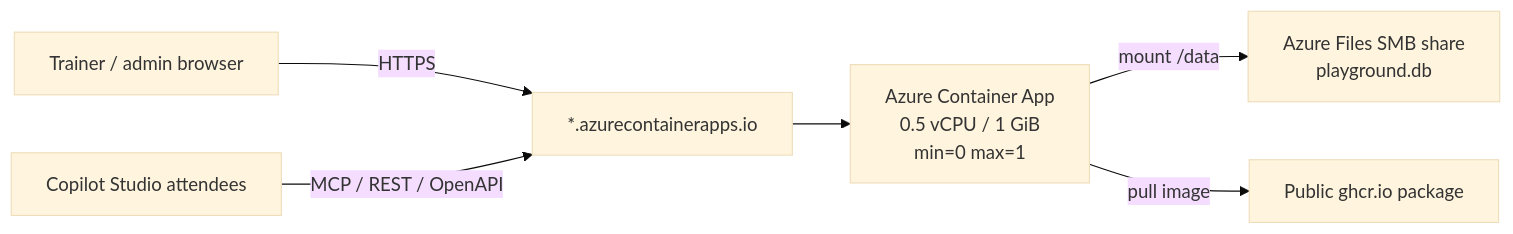
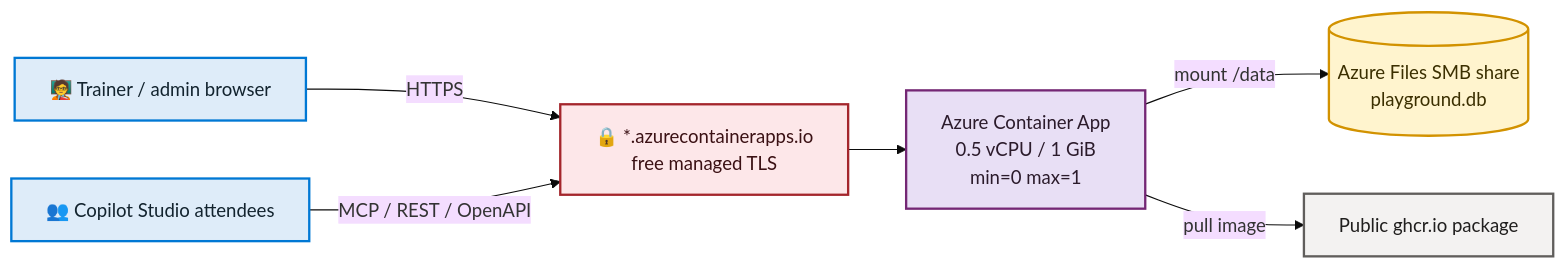
The first of 3 diagrams in AZURE.md (Roelzz/mcp_playground), drawn with Mermaid (base theme) before and after one commit. The commit also changed other lines of this file and 2 other files, not shown here.

First line of the commit message:
docs: refresh docs with colored diagrams and deploy runbook

````diff
--- a/AZURE.md
+++ b/AZURE.md
@@ -14,8 +44,20 @@
 ```mermaid
 flowchart LR
-    Admin["Trainer / admin browser"] -->|HTTPS| FQDN["*.azurecontainerapps.io"]
-    Attendees["Copilot Studio attendees"] -->|MCP / REST / OpenAPI| FQDN
+    Admin["🧑‍🏫 Trainer / admin browser"] -->|HTTPS| FQDN["🔒 *.azurecontainerapps.io<br/>free managed TLS"]
+    Attendees["👥 Copilot Studio attendees"] -->|MCP / REST / OpenAPI| FQDN
     FQDN --> ACA["Azure Container App<br/>0.5 vCPU / 1 GiB<br/>min=0 max=1"]
-    ACA -->|mount /data| Files["Azure Files SMB share<br/>playground.db"]
+    ACA -->|mount /data| Files[("Azure Files SMB share<br/>playground.db")]
     ACA -->|pull image| GHCR["Public ghcr.io package"]
+
+    classDef person fill:#deecf9,stroke:#0078d4,stroke-width:2px,color:#12232e
+    classDef edge fill:#fde7e9,stroke:#a4262c,stroke-width:2px,color:#3b1114
+    classDef azure fill:#e8dff5,stroke:#742774,stroke-width:2px,color:#2b1b2b
+    classDef data fill:#fff4ce,stroke:#d29200,stroke-width:2px,color:#3b2f00
+    classDef ext fill:#f3f2f1,stroke:#605e5c,stroke-width:2px,color:#201f1e
+
+    class Admin,Attendees person
+    class FQDN edge
+    class ACA azure
+    class Files data
+    class GHCR ext
 ```
````
